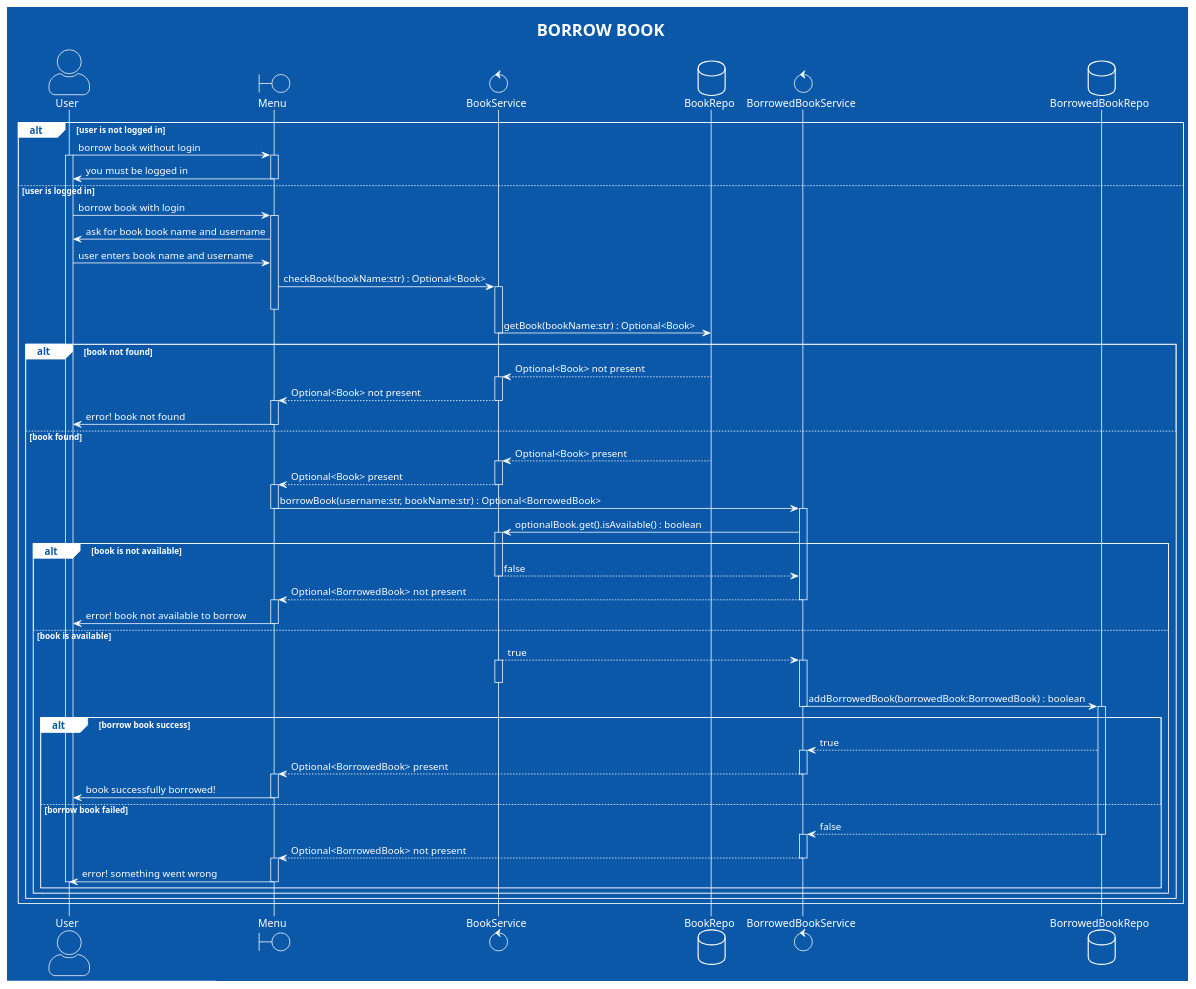
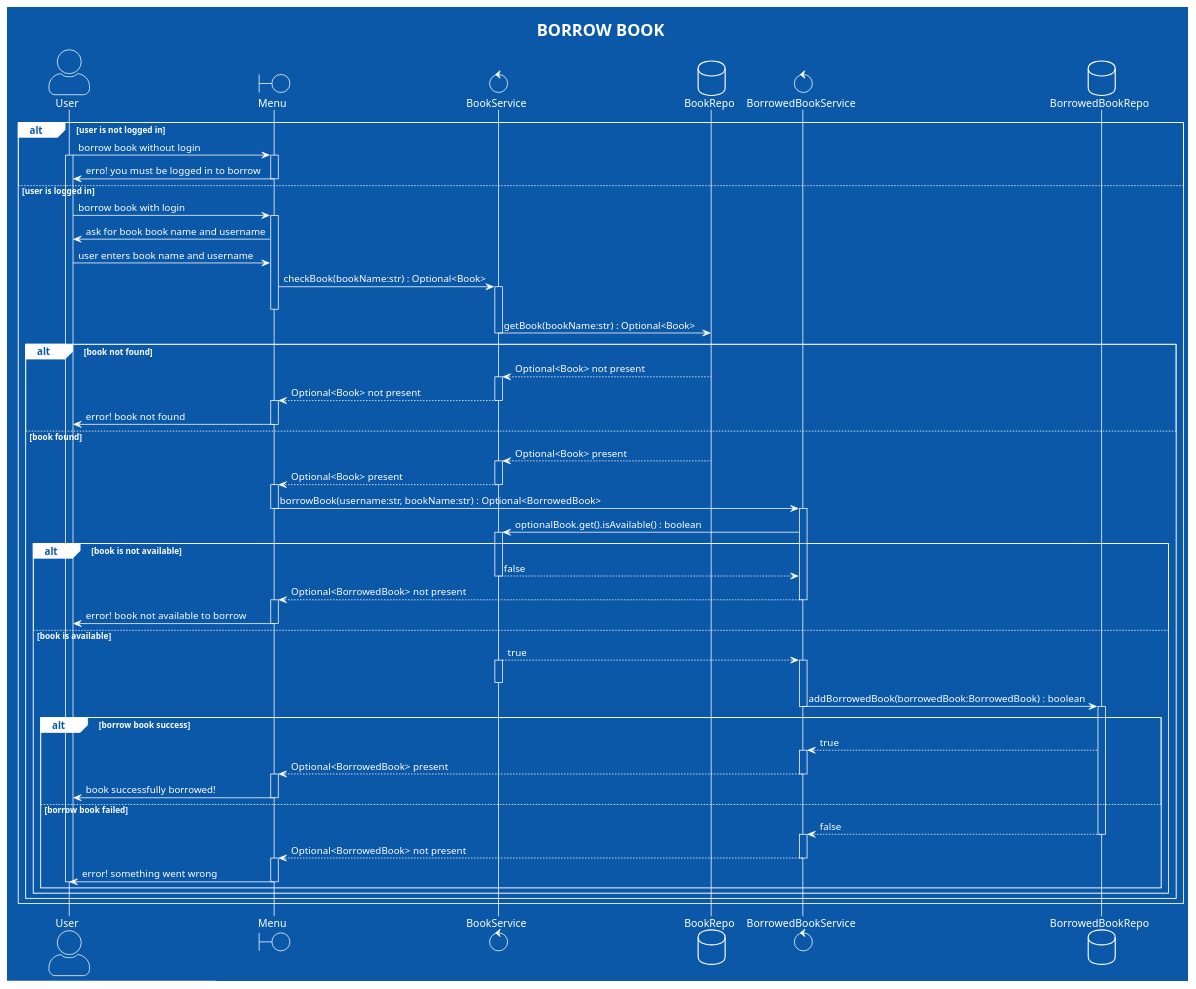
Before and after one commit to Gabe-Alvess/LibraryAppDiagrams: the fourth of 7 diagrams in sequence/sequence-diagrams.md, drawn with PlantUML. The commit also changed other lines of this file, not shown here.

```diff
--- a/sequence/sequence-diagrams.md
+++ b/sequence/sequence-diagrams.md
@@ -193,7 +193,7 @@
     user -> menu : borrow book without login
     activate user
     activate menu
-    menu -> user : you must be logged in
+    menu -> user : erro! you must be logged in to borrow
     deactivate menu
 else user is logged in
     user -> menu : borrow book with login
```
